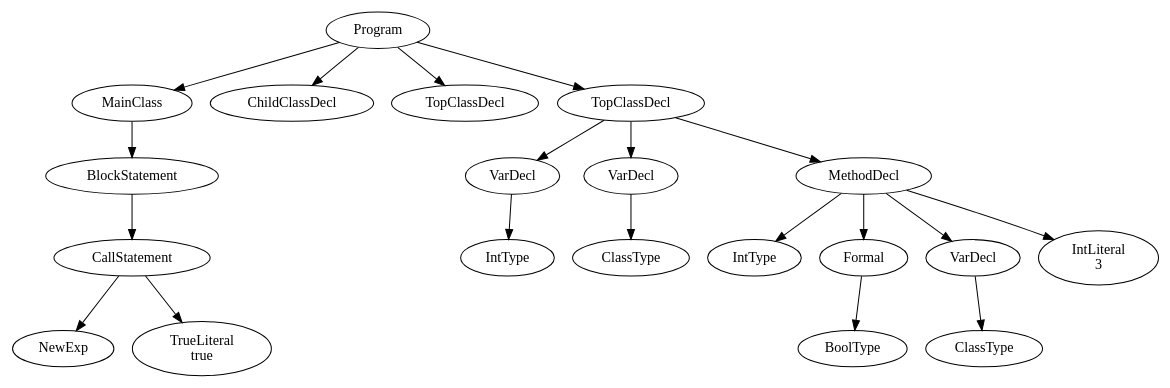
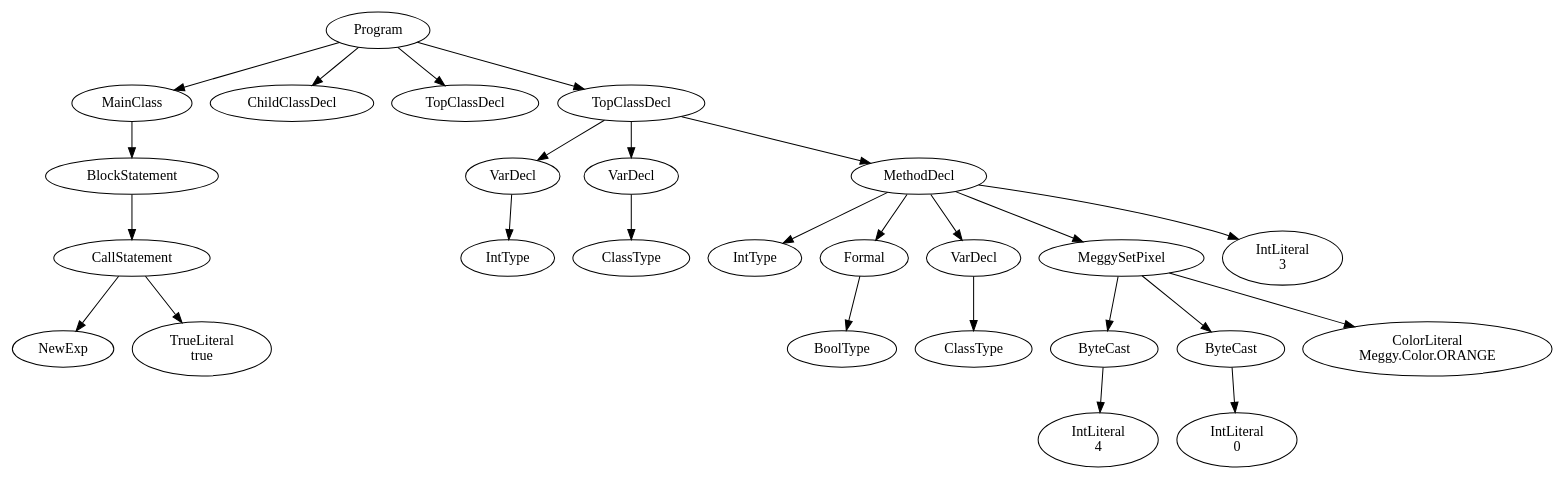
Before and after one commit to karmaUdel/Meggy-Java-Compiler: the diagram in PA5Tests/PA5RunningExample.java.ast.dot, drawn with Graphviz. The commit also changed 6 other files, not shown here.

```diff
--- a/PA5Tests/PA5RunningExample.java.ast.dot
+++ b/PA5Tests/PA5RunningExample.java.ast.dot
@@ -1,41 +1,53 @@
 digraph ASTGraph {
 0 [ label="Program" ];
 1 [ label="MainClass" ];
 0 -> 1
 2 [ label="BlockStatement" ];
 1 -> 2
 3 [ label="CallStatement" ];
 2 -> 3
 4 [ label="NewExp" ];
 3 -> 4
 5 [ label="TrueLiteral\ntrue" ];
 3 -> 5
 6 [ label="ChildClassDecl" ];
 0 -> 6
 7 [ label="TopClassDecl" ];
 0 -> 7
 8 [ label="TopClassDecl" ];
 0 -> 8
 9 [ label="VarDecl" ];
 8 -> 9
 10 [ label="IntType" ];
 9 -> 10
 11 [ label="VarDecl" ];
 8 -> 11
 12 [ label="ClassType" ];
 11 -> 12
 13 [ label="MethodDecl" ];
 8 -> 13
 14 [ label="IntType" ];
 13 -> 14
 15 [ label="Formal" ];
 13 -> 15
 16 [ label="BoolType" ];
 15 -> 16
 17 [ label="VarDecl" ];
 13 -> 17
 18 [ label="ClassType" ];
 17 -> 18
-19 [ label="IntLiteral\n3" ];
+19 [ label="MeggySetPixel" ];
 13 -> 19
+20 [ label="ByteCast" ];
+19 -> 20
+21 [ label="IntLiteral\n4" ];
+20 -> 21
+22 [ label="ByteCast" ];
+19 -> 22
+23 [ label="IntLiteral\n0" ];
+22 -> 23
+24 [ label="ColorLiteral\nMeggy.Color.ORANGE" ];
+19 -> 24
+25 [ label="IntLiteral\n3" ];
+13 -> 25
 }
```
